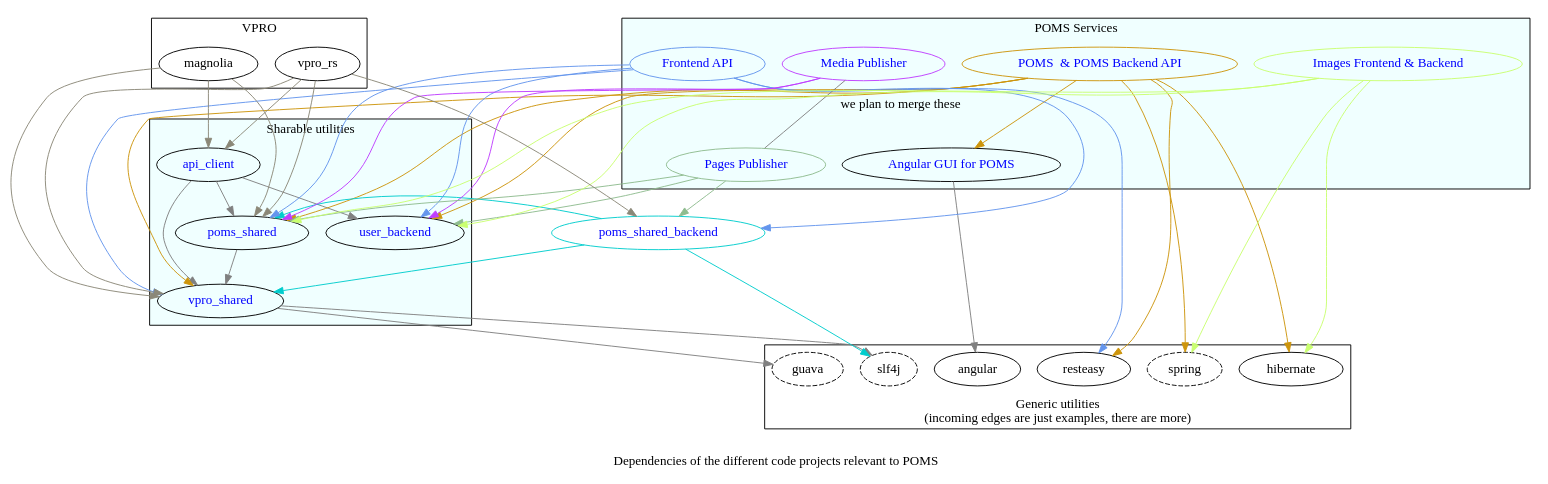
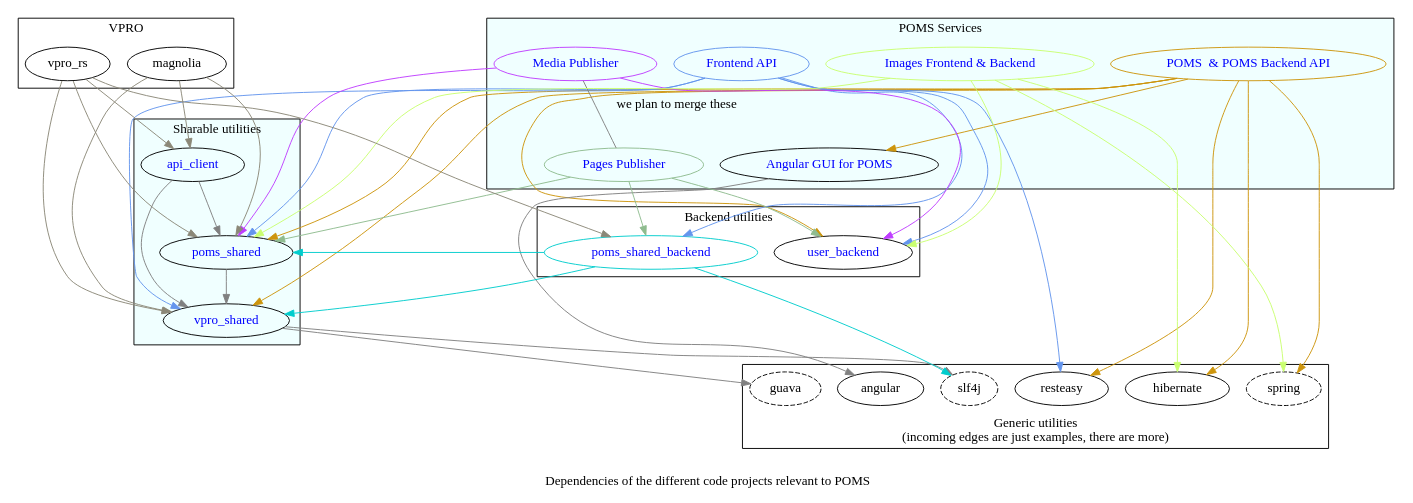
One commit to npo-poms/poms-parent changed the diagram in poms-dependencies.dot. Above: the diagram before and after it, drawn with Graphviz. The commit also changed 3 other files, not shown here.

Commit message:
Updated dependency graph. user_backend is (nowadays) completely a backend utility, it will not be open sourced.

```diff
--- a/poms-dependencies.dot
+++ b/poms-dependencies.dot
@@ -1,152 +1,153 @@
 
 strict digraph {
   vpro_shared  [
                 href="https://github.com/vpro/vpro-shared"
                 fontcolor=blue
                 ]
   poms_shared  [
                 href="https://github.com/npo-poms/poms-shared"
                 fontcolor=blue
    ]
   api_client [ href="https://github.com/npo-poms/api-clients" fontcolor=blue ]
   poms_backend [ label="POMS  & POMS Backend API" href="https://subversion.vpro.nl/viewvc/nl/vpro/media" fontcolor=blue color=darkgoldenrod3]
   poms_gui [ label="Angular GUI for POMS" href="https://subversion.vpro.nl/viewvc/nl/vpro/media-gui" fontcolor=blue ]
   poms_shared_backend [ href="https://subversion.vpro.nl/viewvc/nl/publiekeomroep/poms-shared-backend/" fontcolor=blue color=cyan3 ]
   api [ label="Frontend API" href="https://subversion.vpro.nl/viewvc/nl/vpro/api/" fontcolor=blue color=cornflowerblue]
   media_publish [ label="Media Publisher" href="https://subversion.vpro.nl/viewvc/nl/publiekeomroep/npo-publish/" fontcolor=blue color=darkorchid1]
   pages_publish [ label="Pages Publisher" href="https://subversion.vpro.nl/viewvc/nl/vpro/pages-publish/" fontcolor=blue color=darkseagreen ]
   user_backend [ href="https://subversion.vpro.nl/repo/nl/vpro/user" fontcolor=blue ]
   images [ label="Images Frontend & Backend" href="https://subversion.vpro.nl/viewvc/nl/vpro/images/" fontcolor=blue color=darkolivegreen1 ]
 
 
 
   label="
   Dependencies of the different code projects relevant to POMS";
 
   graph [
          splines=yes
          ]
   edge [
         color=gray
         ]
 
 
   subgraph cluster_0  {
     label="Generic utilities\n(incoming edges are just examples, there are more)"
     //label="Utilities which we don't maintain. These are only some example. Also, not every edge is included";
     labelloc=b
     slf4j[style=dashed]
     guava[style=dashed]
     spring[style=dashed]
     resteasy
     hibernate
     angular
-
   }
 
   subgraph cluster_1  {
     label="VPRO"
     magnolia
     vpro_rs
   }
   subgraph cluster_2  {
     label="POMS Services"
     description="These are actually deployed"
     bgcolor=azure
     poms_gui
     poms_backend
     pages_publish
     media_publish
     api
     images
   }
 
+  subgraph cluster_3 {
+    label="Backend utilities"
+    user_backend
+    poms_shared_backend
+  }
+
   subgraph cluster_4  {
     label="Sharable utilities"
     bgcolor=azure
     api_client
     vpro_shared
     poms_shared
-    user_backend
-
   }
-
 
   vpro_shared -> {
     slf4j
     guava
   }
   poms_shared -> vpro_shared
   poms_shared_backend -> {
     vpro_shared
     poms_shared
     slf4j
   }[color=cyan3]
 
   api -> {
     poms_shared
     poms_shared_backend
     vpro_shared
     user_backend
     resteasy
   }[color=cornflowerblue]
 
 
   pages_publish -> {
     poms_shared_backend
     poms_shared
     user_backend
   }[color=darkseagreen]
 
   media_publish -> {
     poms_shared
     user_backend
     user_backend
     #poms_shared_backend
     }[color=darkorchid1]
 
     media_publish -> pages_publish[label="we plan to merge these" dir=none]
 
 
 
   api_client -> {
     poms_shared
     vpro_shared
-    user_backend
   }
 
 
   images -> {
     poms_shared
     user_backend
     spring
     hibernate
   }[color=darkolivegreen1]
 
   magnolia -> {
     api_client
     vpro_shared
     poms_shared
   }[color=cornsilk4]
 
 
   vpro_rs -> {
     api_client
     vpro_shared
     poms_shared
     poms_shared_backend
   }[color=cornsilk4]
 
   poms_backend -> {
     poms_shared
     poms_gui
     resteasy
     spring
     hibernate
     vpro_shared
     user_backend
   }[color=darkgoldenrod3]
   poms_gui -> angular
 
 
 }
```
